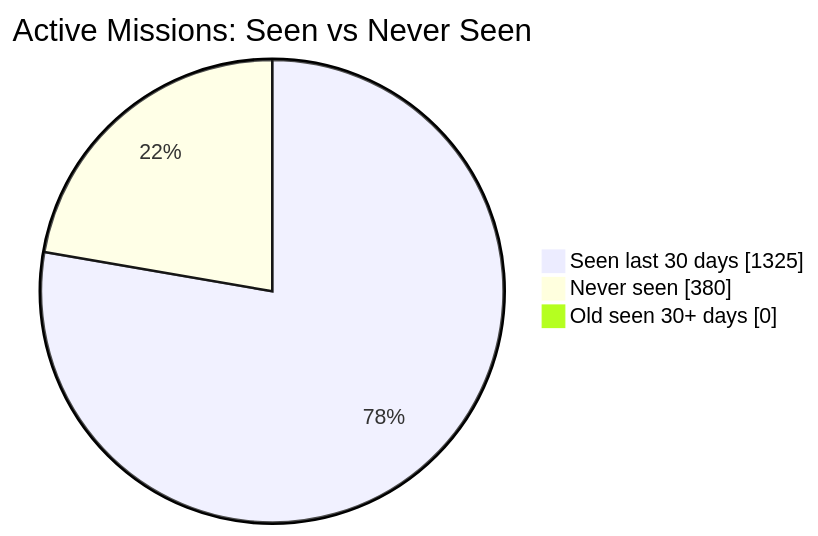
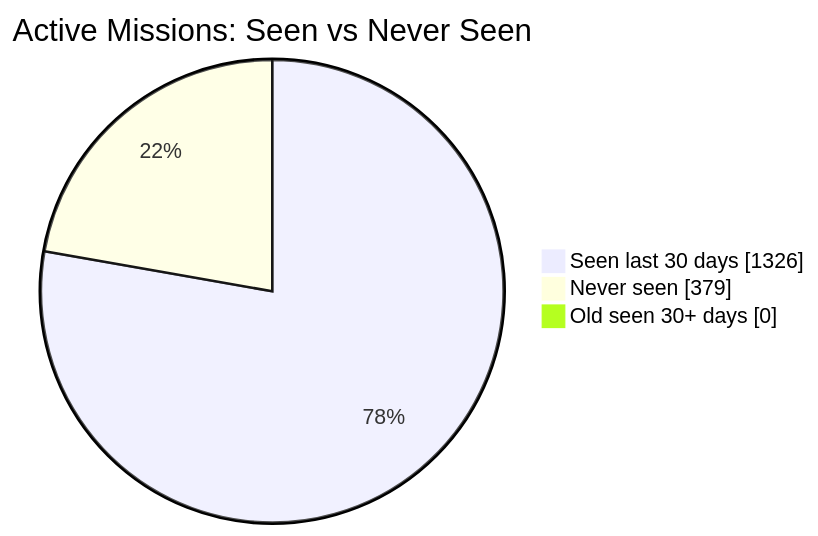
Before and after one commit to MeldkamerspelGameTeam/active-missions: the first of 2 diagrams in README.md, drawn with Mermaid. The commit also changed other lines of this file and 2 other files, not shown here.

````diff
--- a/README.md
+++ b/README.md
@@ -34,7 +34,7 @@
 ```mermaid
 pie showData
     title Active Missions: Seen vs Never Seen
-    "Seen last 30 days" : 1325
-    "Never seen" : 380
+    "Seen last 30 days" : 1326
+    "Never seen" : 379
     "Old seen 30+ days" : 0
 ```
````
